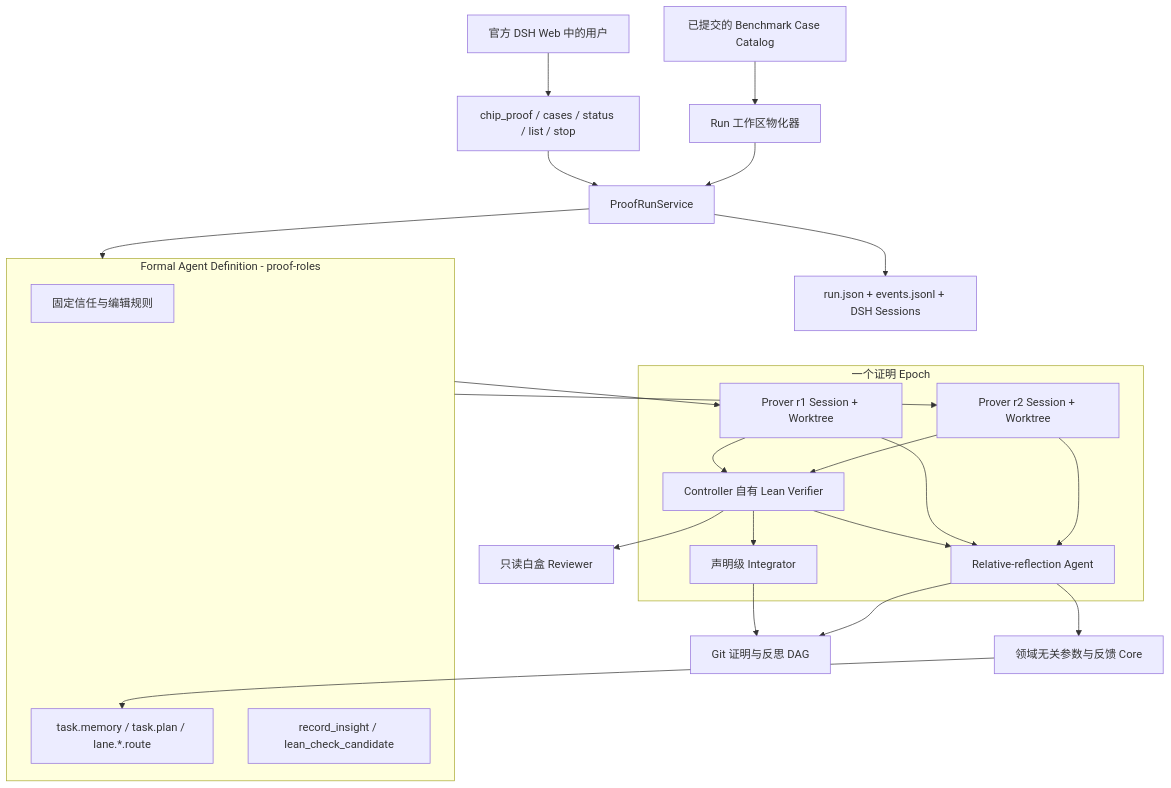
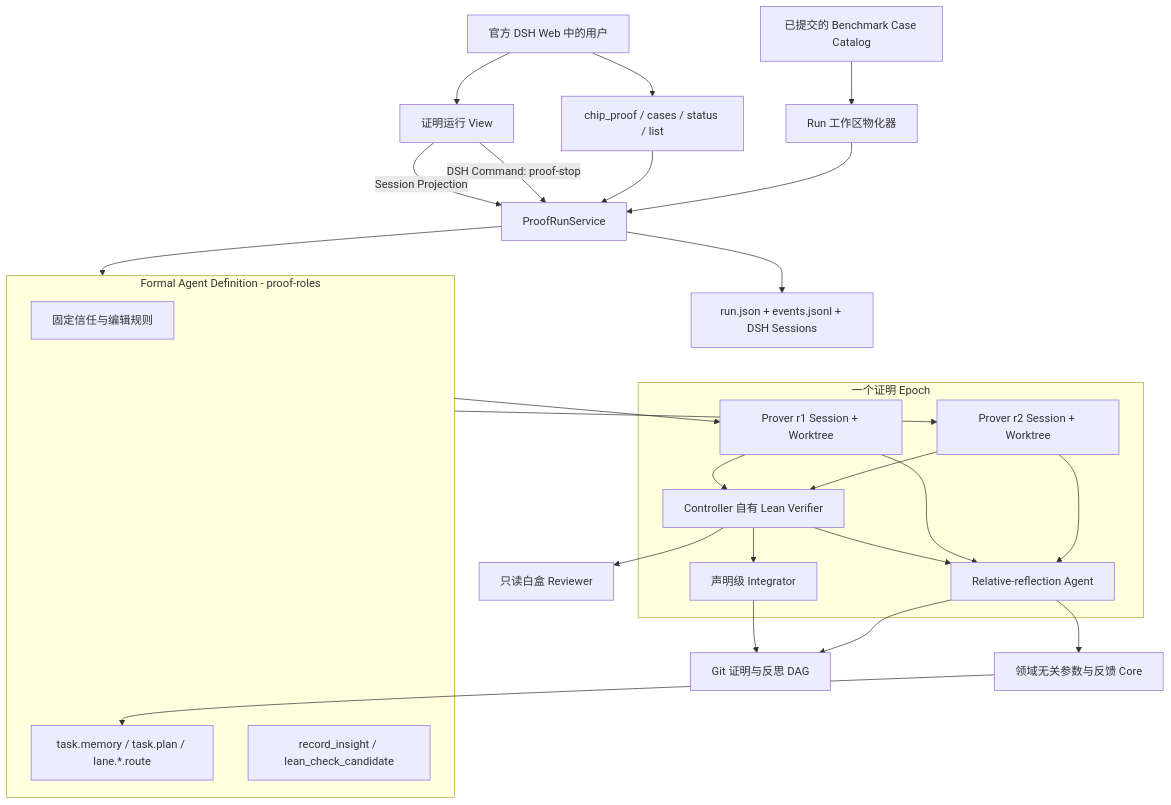
The first of 2 diagrams in docs/zh-CN/architecture/dsh-formal-proof-bundle.md (BruceLoveLee000/tokens-as-parameters), drawn with Mermaid before and after one commit. The commit also changed other lines of this file and 27 other files, not shown here.

Commit message:
feat: expose proof runtime in DSH Web

````diff
--- a/docs/zh-CN/architecture/dsh-formal-proof-bundle.md
+++ b/docs/zh-CN/architecture/dsh-formal-proof-bundle.md
@@ -11,42 +11,45 @@
 ```mermaid
 flowchart TB
-  User[官方 DSH Web 中的用户] --> Tools[chip_proof / cases / status / list / stop]
+  User[官方 DSH Web 中的用户] --> Tools[chip_proof / cases / status / list]
+  User --> Web[证明运行 View]
+  Web -->|Session Projection| Runtime
+  Web -->|DSH Command: proof-stop| Runtime
   Tools --> Runtime[ProofRunService]
   Catalog[已提交的 Benchmark Case Catalog] --> Materializer[Run 工作区物化器]
   Materializer --> Runtime
 
   subgraph Definition[Formal Agent Definition - proof-roles]
     Fixed[固定信任与编辑规则]
     Params[task.memory / task.plan / lane.*.route]
     DomainTools[record_insight / lean_check_candidate]
   end
 
   subgraph Epoch[一个证明 Epoch]
     R1[Prover r1 Session + Worktree]
     R2[Prover r2 Session + Worktree]
     Checker[Controller 自有 Lean Verifier]
     Integrator[声明级 Integrator]
     Reflector[Relative-reflection Agent]
   end
 
   Core[领域无关参数与反馈 Core]
   Git[Git 证明与反思 DAG]
   Observer[run.json + events.jsonl + DSH Sessions]
   Reviewer[只读白盒 Reviewer]
 
   Runtime --> Definition
   Definition --> R1
   Definition --> R2
   Core --> Params
   R1 --> Checker
   R2 --> Checker
   Checker --> Integrator
   Checker --> Reflector
   R1 --> Reflector
   R2 --> Reflector
   Reflector --> Core
   Integrator --> Git
   Reflector --> Git
   Runtime --> Observer
   Checker --> Reviewer
 ```
````
